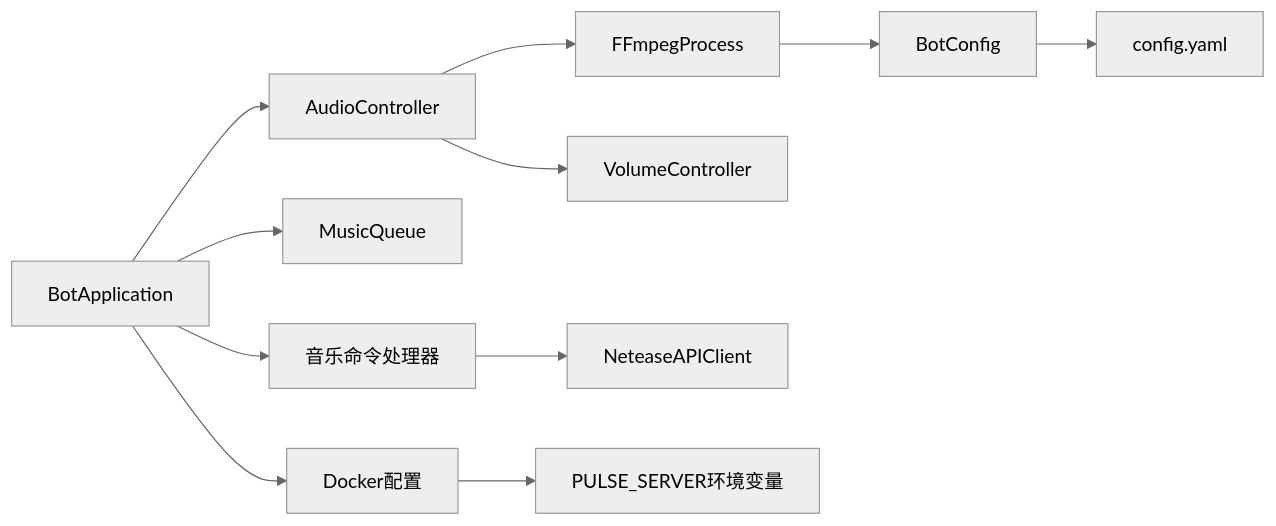
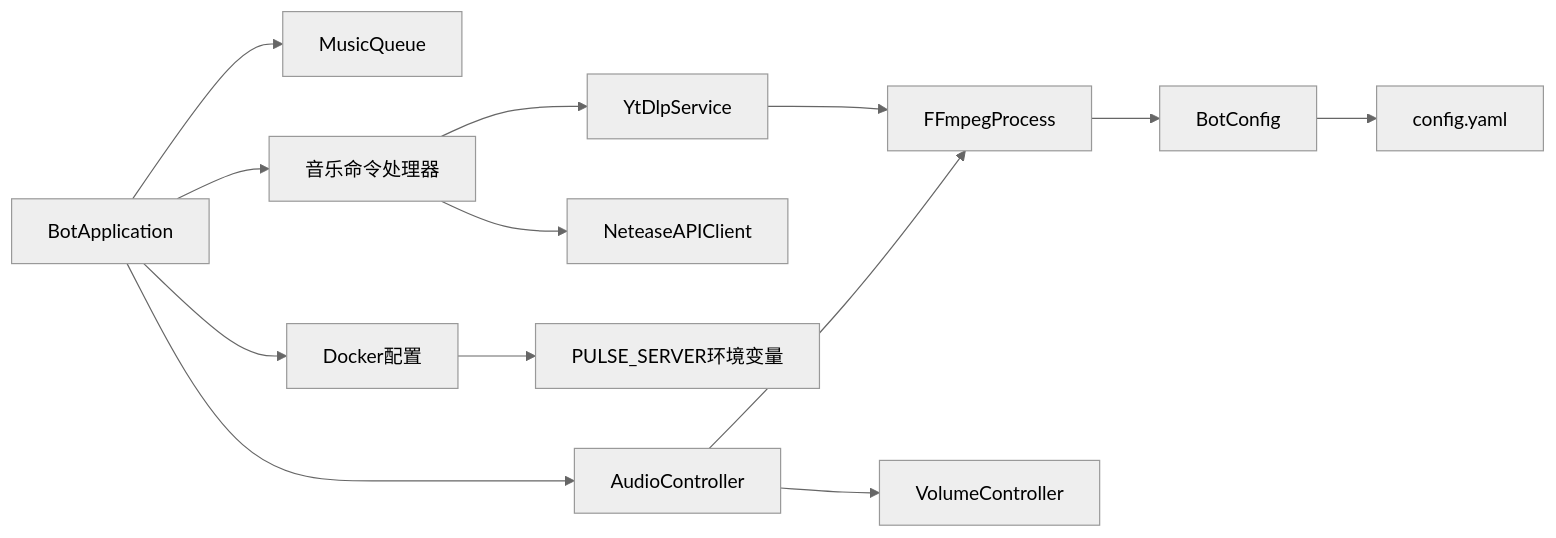
Before and after one commit to GhoulOwl/Teamspeak3_Bot: the seventh of 7 diagrams in .qoder/repowiki/zh/content/音乐播放系统/FFmpeg集成.md, drawn with Mermaid (neutral theme). The commit also changed other lines of this file and 5 other files, not shown here.

````diff
--- a/.qoder/repowiki/zh/content/音乐播放系统/FFmpeg集成.md
+++ b/.qoder/repowiki/zh/content/音乐播放系统/FFmpeg集成.md
@@ -427,13 +457,15 @@
 ```mermaid
 graph LR
 AC["AudioController"] --> FF["FFmpegProcess"]
 AC --> VC["VolumeController"]
 APP["BotApplication"] --> AC
 APP --> MQ["MusicQueue"]
 APP --> CMD["音乐命令处理器"]
 CMD --> NC["NeteaseAPIClient"]
 FF --> CFG["BotConfig"]
 CFG --> YAML["config.yaml"]
 APP --> DC["Docker配置"]
 DC --> ENV["PULSE_SERVER环境变量"]
+CMD --> YT["YtDlpService"]
+YT --> FF
 ```
````
